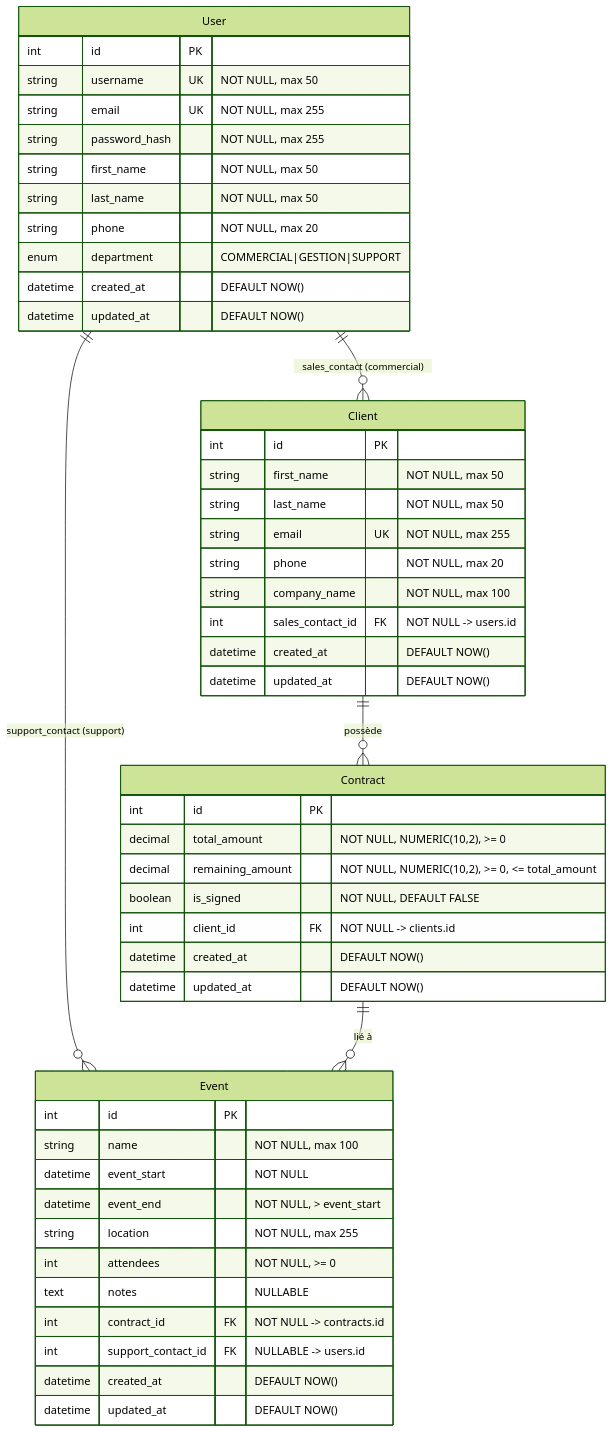
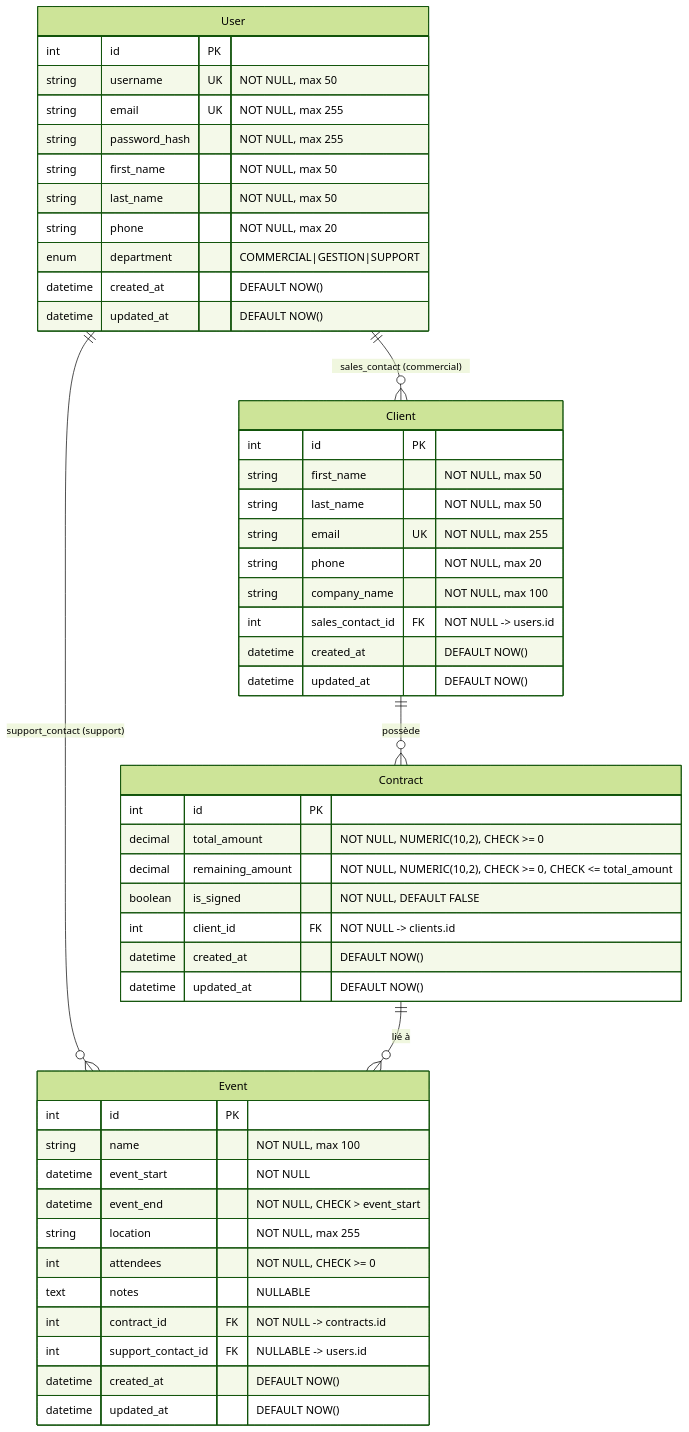
One commit to SebGris/project-12-architecture-back-end changed the diagram in docs/ARCHITECTURE_DIAGRAMS.md. Above: the diagram before and after it, drawn with Mermaid (forest theme).

Commit message:
docs(diagram): Préciser les CHECK constraints dans le diagramme ERD
Ajoute le mot-clé CHECK pour indiquer que les contraintes sont implémentées
au niveau de la base de données SQLAlchemy :
- Contract: total_amount >= 0, remaining_amount >= 0 et <= total_amount
- Event: event_end > event_start, attendees >= 0

Améliore la conformité entre la documentation et l'implémentation réelle.

🤖 Generated with [Claude Code](https://claude.com/claude-code)

````diff
--- a/docs/ARCHITECTURE_DIAGRAMS.md
+++ b/docs/ARCHITECTURE_DIAGRAMS.md
@@ -3,56 +3,56 @@
 ```mermaid
 erDiagram
     User ||--o{ Client : "sales_contact (commercial)"
     User ||--o{ Event : "support_contact (support)"
     Client ||--o{ Contract : "possède"
     Contract ||--o{ Event : "lié à"
 
     User {
         int id PK
         string username UK "NOT NULL, max 50"
         string email UK "NOT NULL, max 255"
         string password_hash "NOT NULL, max 255"
         string first_name "NOT NULL, max 50"
         string last_name "NOT NULL, max 50"
         string phone "NOT NULL, max 20"
         enum department "COMMERCIAL|GESTION|SUPPORT"
         datetime created_at "DEFAULT NOW()"
         datetime updated_at "DEFAULT NOW()"
     }
 
     Client {
         int id PK
         string first_name "NOT NULL, max 50"
         string last_name "NOT NULL, max 50"
         string email UK "NOT NULL, max 255"
         string phone "NOT NULL, max 20"
         string company_name "NOT NULL, max 100"
         int sales_contact_id FK "NOT NULL -> users.id"
         datetime created_at "DEFAULT NOW()"
         datetime updated_at "DEFAULT NOW()"
     }
 
     Contract {
         int id PK
-        decimal total_amount "NOT NULL, NUMERIC(10,2), >= 0"
-        decimal remaining_amount "NOT NULL, NUMERIC(10,2), >= 0, <= total_amount"
+        decimal total_amount "NOT NULL, NUMERIC(10,2), CHECK >= 0"
+        decimal remaining_amount "NOT NULL, NUMERIC(10,2), CHECK >= 0, CHECK <= total_amount"
         boolean is_signed "NOT NULL, DEFAULT FALSE"
         int client_id FK "NOT NULL -> clients.id"
         datetime created_at "DEFAULT NOW()"
         datetime updated_at "DEFAULT NOW()"
     }
 
     Event {
         int id PK
         string name "NOT NULL, max 100"
         datetime event_start "NOT NULL"
-        datetime event_end "NOT NULL, > event_start"
+        datetime event_end "NOT NULL, CHECK > event_start"
         string location "NOT NULL, max 255"
-        int attendees "NOT NULL, >= 0"
+        int attendees "NOT NULL, CHECK >= 0"
         text notes "NULLABLE"
         int contract_id FK "NOT NULL -> contracts.id"
         int support_contact_id FK "NULLABLE -> users.id"
         datetime created_at "DEFAULT NOW()"
         datetime updated_at "DEFAULT NOW()"
     }
 ```
````
